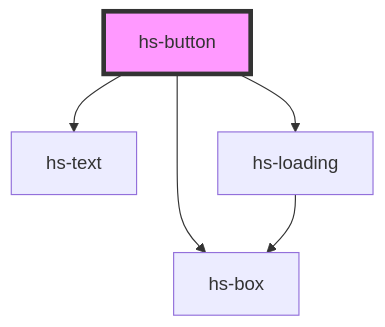
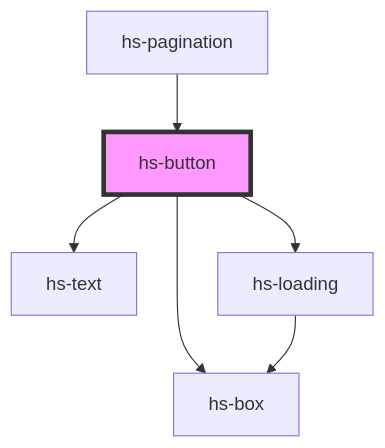
Before and after one commit to dimka3553/hs-design-system: the diagram in src/components/hs-button/readme.md, drawn with Mermaid. The commit also changed other lines of this file and 12 other files, not shown here.

````diff
--- a/src/components/hs-button/readme.md
+++ b/src/components/hs-button/readme.md
@@ -36,8 +40,9 @@
 ```mermaid
 graph TD;
   hs-button --> hs-box
   hs-button --> hs-text
   hs-button --> hs-loading
   hs-loading --> hs-box
+  hs-pagination --> hs-button
   style hs-button fill:#f9f,stroke:#333,stroke-width:4px
 ```
````
